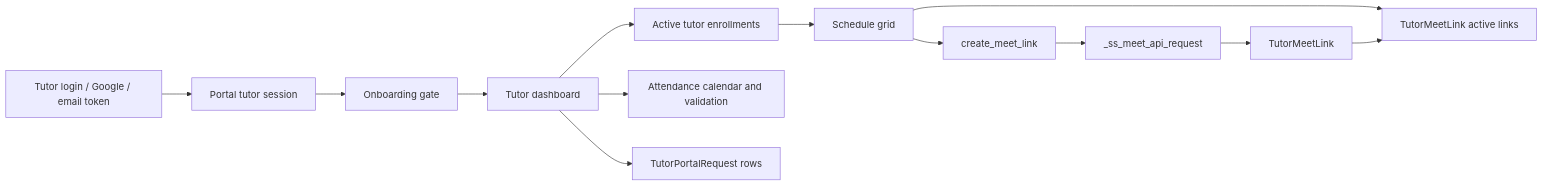
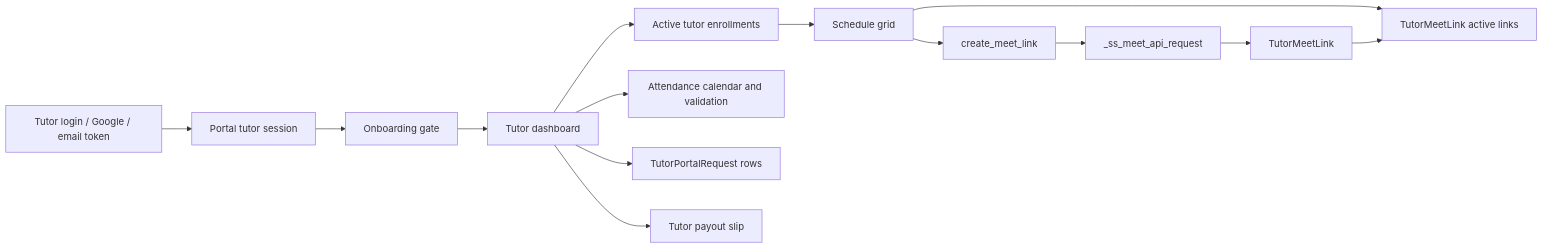
One commit to yogaajisukma712/dashboard-keuangan-lbb changed the diagram in docs/blueprints/tutor-dashboard-to-ss-meet.md. Above: the diagram before and after it, drawn with Mermaid. The commit also changed other lines of this file and 15 other files, not shown here.

````diff
--- a/docs/blueprints/tutor-dashboard-to-ss-meet.md
+++ b/docs/blueprints/tutor-dashboard-to-ss-meet.md
@@ -70,15 +78,16 @@
 ```mermaid
 flowchart LR
   Login[Tutor login / Google / email token] --> Session[Portal tutor session]
   Session --> Onboarding[Onboarding gate]
   Onboarding --> Dashboard[Tutor dashboard]
   Dashboard --> Enrollments[Active tutor enrollments]
   Dashboard --> Attendance[Attendance calendar and validation]
   Dashboard --> Requests[TutorPortalRequest rows]
+  Dashboard --> PayoutSlip[Tutor payout slip]
   Enrollments --> ScheduleGrid[Schedule grid]
   ScheduleGrid --> ActiveLinks[TutorMeetLink active links]
   ScheduleGrid --> CreateMeet[create_meet_link]
   CreateMeet --> SSMeet[_ss_meet_api_request]
   SSMeet --> StoredLink[TutorMeetLink]
   StoredLink --> ActiveLinks
 ```
````
